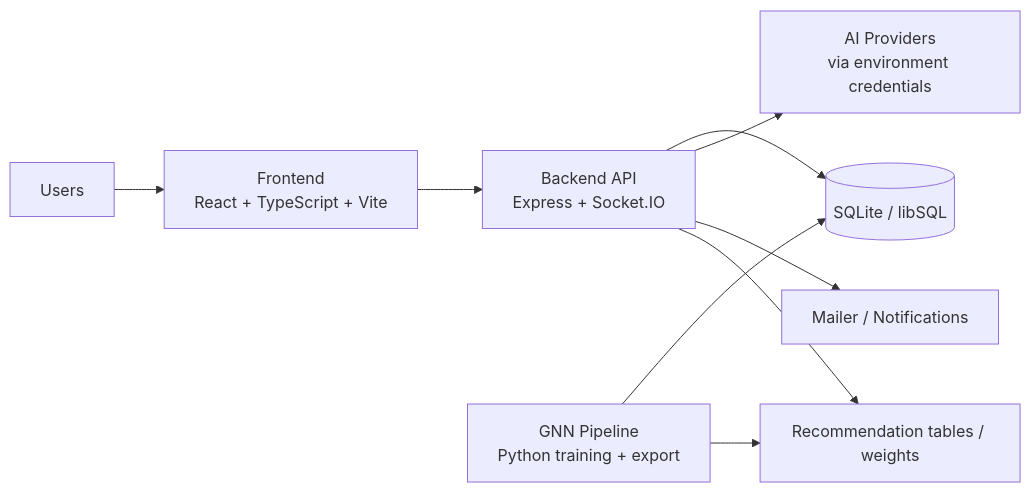
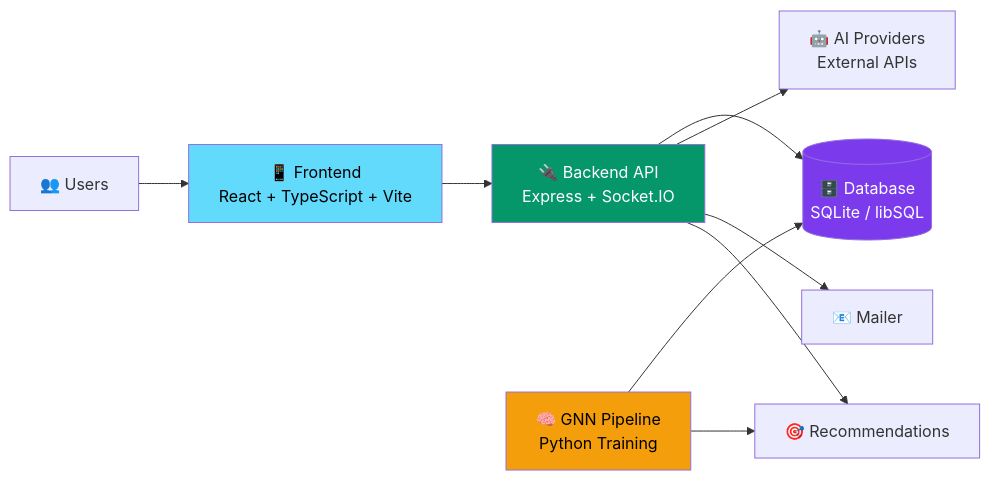
The diagram in README.md (Eternity5188/SpiritHub), drawn with Mermaid before and after one commit. The commit also changed other lines of this file, not shown here.

````diff
--- a/README.md
+++ b/README.md
@@ -41,11 +60,25 @@
 ```mermaid
-flowchart LR
-    U[Users] --> F[Frontend\nReact + TypeScript + Vite]
-    F --> B[Backend API\nExpress + Socket.IO]
-    B --> D[(SQLite / libSQL)]
-    B --> A[AI Providers\nvia environment credentials]
-    B --> M[Mailer / Notifications]
-    G[GNN Pipeline\nPython training + export] --> D
-    G --> R[Recommendation tables / weights]
+graph LR
+    U["👥 Users"]
+    F["📱 Frontend<br/>React + TypeScript + Vite"]
+    B["🔌 Backend API<br/>Express + Socket.IO"]
+    D[("🗄️ Database<br/>SQLite / libSQL")]
+    A["🤖 AI Providers<br/>External APIs"]
+    M["📧 Mailer"]
+    G["🧠 GNN Pipeline<br/>Python Training"]
+    R["🎯 Recommendations"]
+    
+    U --> F
+    F --> B
+    B --> D
+    B --> A
+    B --> M
+    G --> D
+    G --> R
     B --> R
+    
+    style F fill:#61dafb,color:#000
+    style B fill:#059669,color:#fff
+    style G fill:#f59e0b,color:#000
+    style D fill:#7c3aed,color:#fff
 ```
````
